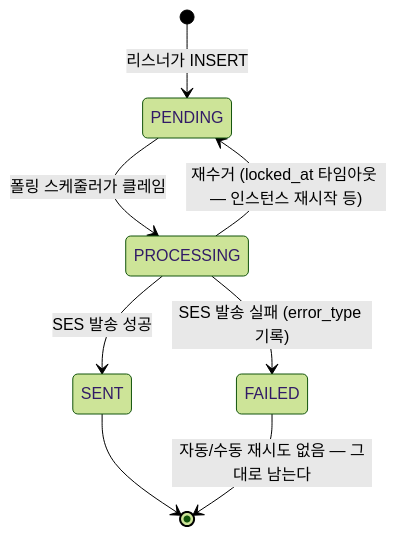
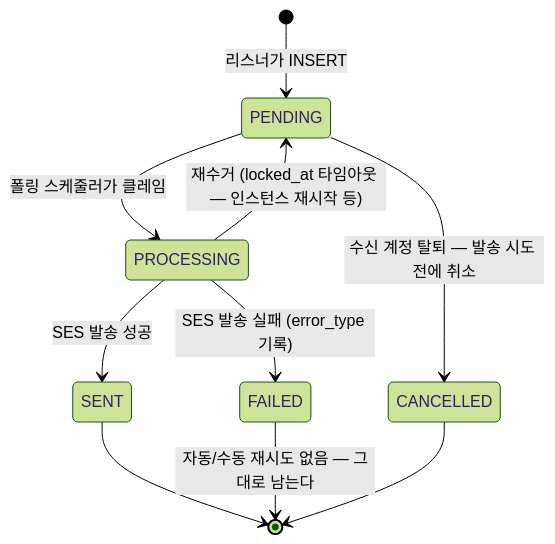
Before and after one commit to StudyClub-PlusPlus/studyclub-engineering: the diagram in docs/erd/NOTIFICATION.md, drawn with Mermaid (forest theme). The commit also changed other lines of this file and 2 other files, not shown here.

First line of the commit message:
docs: NOTIFICATION 취소 상태(CANCELLED) 신설 반영 — PR #110 리뷰 합의

````diff
--- a/docs/erd/NOTIFICATION.md
+++ b/docs/erd/NOTIFICATION.md
@@ -32,10 +32,12 @@
 ```mermaid
 stateDiagram-v2
     [*] --> PENDING : 리스너가 INSERT
     PENDING --> PROCESSING : 폴링 스케줄러가 클레임
     PROCESSING --> SENT : SES 발송 성공
     PROCESSING --> FAILED : SES 발송 실패 (error_type 기록)
     PROCESSING --> PENDING : 재수거 (locked_at 타임아웃 — 인스턴스 재시작 등)
+    PENDING --> CANCELLED : 수신 계정 탈퇴 — 발송 시도 전에 취소
     SENT --> [*]
     FAILED --> [*] : 자동/수동 재시도 없음 — 그대로 남는다
+    CANCELLED --> [*]
 ```
````
